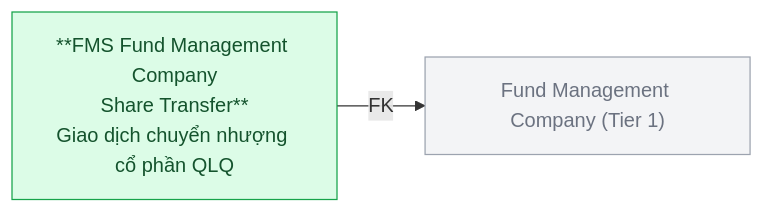
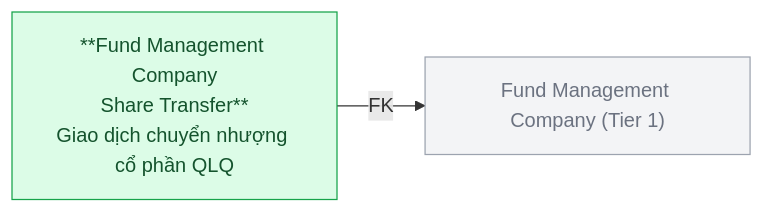
Before and after one commit to linhlvit/ubck_atomic_design: the tenth of 12 diagrams in Silver/hld/FMS_HLD_Tier3.md, drawn with Mermaid. The commit also changed other lines of this file and 32 other files, not shown here.

````diff
--- a/Silver/hld/FMS_HLD_Tier3.md
+++ b/Silver/hld/FMS_HLD_Tier3.md
@@ -255,10 +255,10 @@
 ```mermaid
 graph LR
     classDef silver fill:#dcfce7,stroke:#16a34a,color:#14532d
     classDef refnode fill:#f3f4f6,stroke:#9ca3af,color:#6b7280
 
     FMC["Fund Management Company (Tier 1)"]:::refnode
-    TRF["**FMS Fund Management Company\nShare Transfer**\nGiao dịch chuyển nhượng cổ phần QLQ"]:::silver
+    TRF["**Fund Management Company\nShare Transfer**\nGiao dịch chuyển nhượng cổ phần QLQ"]:::silver
 
     TRF -->|FK| FMC
 ```
````
